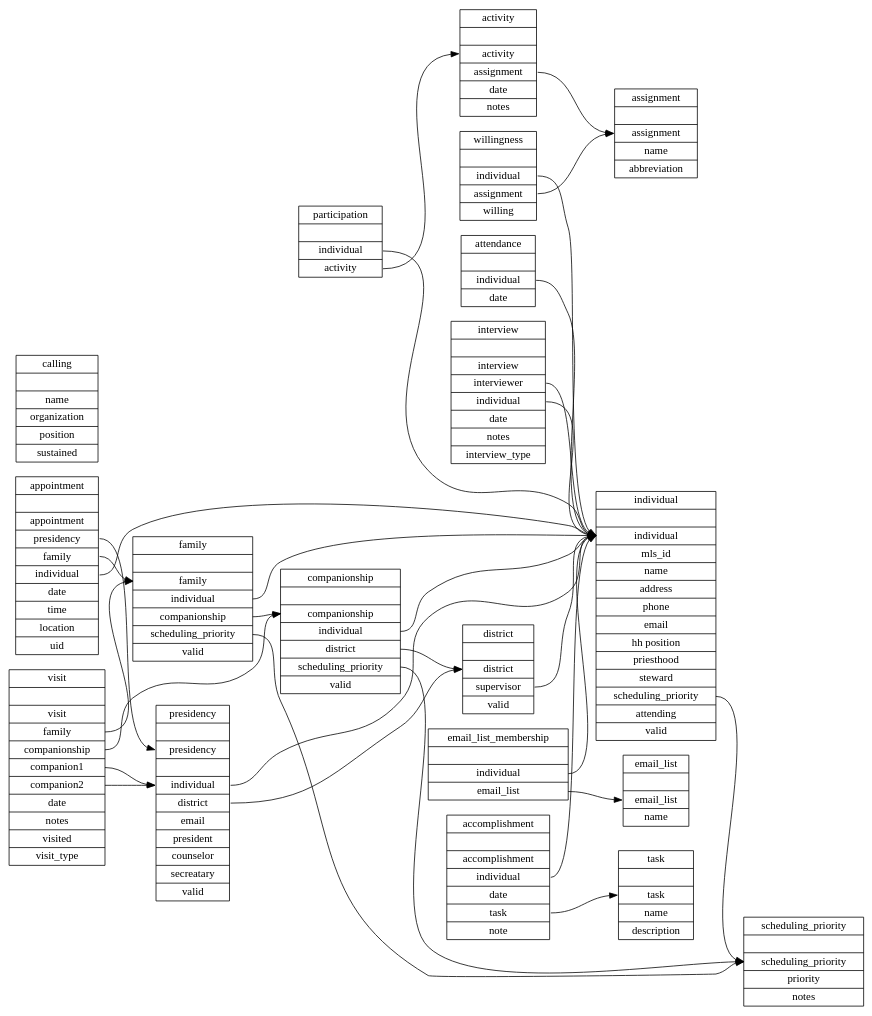
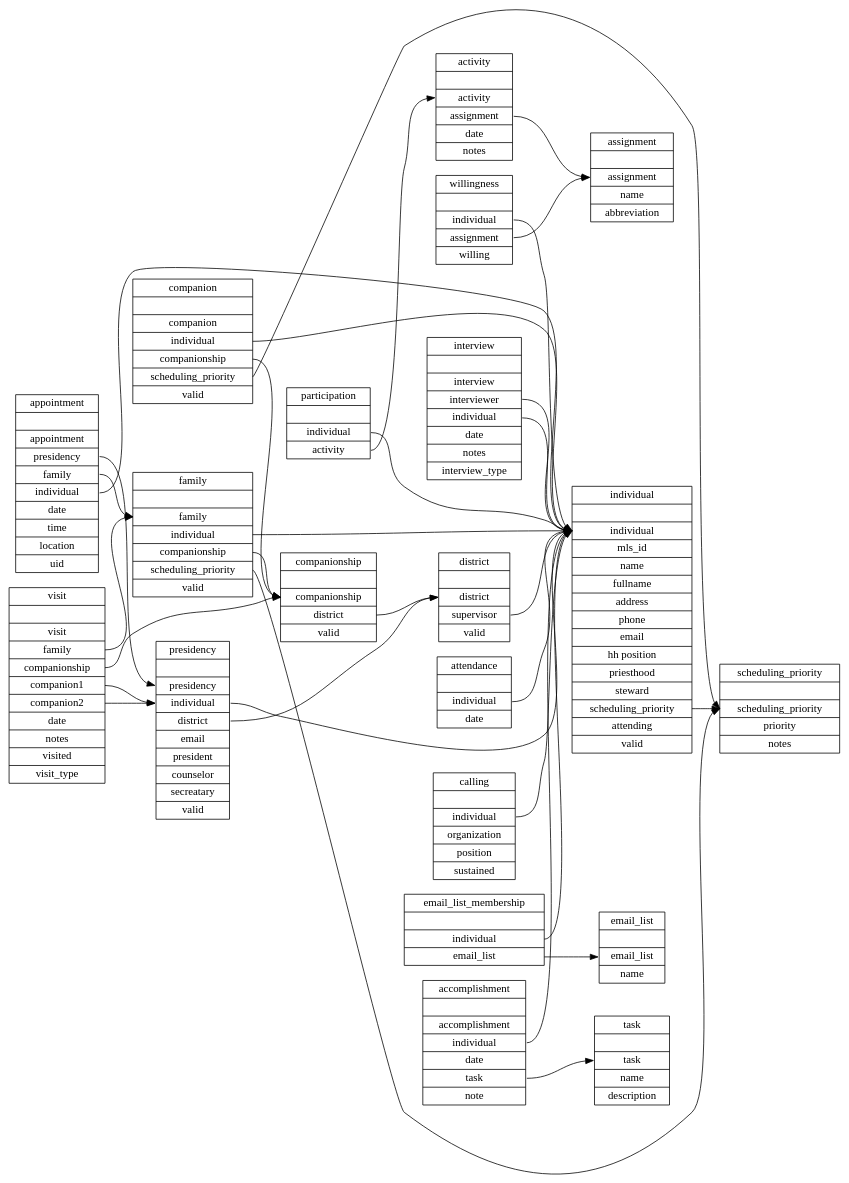
One commit to apippin/tc changed the diagram in sql/schema.dot. Above: the diagram before and after it, drawn with Graphviz. The commit also changed 4 other files, not shown here.

Commit message:
added new tc_companion table, updated tc_companionship table, linked tc_calling table to tc_individual table

```diff
--- a/sql/schema.dot
+++ b/sql/schema.dot
@@ -1,125 +1,133 @@
 digraph schema {
   graph [
     rankdir = "LR"
   ];
   activity   [
     label = "activity||<a> activity|<s> assignment|<t> date|<n> notes"
     shape = "record"
   ];
   appointment   [
     label = "appointment||<a> appointment|<p> presidency|<f> family|<i> individual |<d> date|<t> time|<l> location|<u> uid"
     shape = "record"
   ];
   assignment    [
     label = "assignment||<a> assignment|<n> name|<ab> abbreviation"
     shape = "record"
   ];
   attendance   [
     label = "attendance||<i> individual|<d> date"
     shape = "record"
   ];
   calling       [
-    label = "calling||<n> name|<o> organization|<p> position|<s> sustained"
+    label = "calling||<i> individual|<o> organization|<p> position|<s> sustained"
+    shape = "record"
+  ];
+  companion   [
+    label = "companion||<c> companion|<i> individual|<cp> companionship|<sp> scheduling_priority|<v> valid"
     shape = "record"
   ];
   companionship   [
-    label = "companionship||<c> companionship|<i> individual|<d> district|<sp> scheduling_priority|<v> valid"
+    label = "companionship||<c> companionship|<d> district|<v> valid"
     shape = "record"
   ];
   district      [
     label = "district||<d> district|<s> supervisor|<v> valid"
     shape = "record"
   ];
   individual   [
-    label = "individual||<i> individual|<id> mls_id|<n> name|<a> address|<p> phone|<em> email|<hh> hh position|<pr> priesthood|<st> steward|<sp> scheduling_priority|<a> attending|<v> valid"
+    label = "individual||<i> individual|<id> mls_id|<n> name|<fn> fullname|<a> address|<p> phone|<em> email|<hh> hh position|<pr> priesthood|<st> steward|<sp> scheduling_priority|<a> attending|<v> valid"
     shape = "record"
   ];
   family   [
     label = "family||<f> family|<i> individual|<c> companionship|<sp> scheduling_priority|<v> valid"
     shape = "record"
   ];
   participation   [
     label = "participation||<i> individual|<a> activity"
     shape = "record"
   ];
   interview   [
     label = "interview||<in> interview|<i> interviewer|<il> individual|<t> date|<n> notes|<it> interview_type"
     shape = "record"
   ];
   presidency    [
-    label = "presidency||<p> presidency||<i> individual|<d> district|<em> email|<pr> president|<cn> counselor|<sec> secreatary|<v> valid"
+    label = "presidency||<p> presidency|<i> individual|<d> district|<em> email|<pr> president|<cn> counselor|<sec> secreatary|<v> valid"
     shape = "record"
   ];
   visit   [
     label = "visit||<v> visit|<f> family|<c> companionship|<c1> companion1|<c2> companion2|<t> date|<n> notes|<v> visited|<vt> visit_type"
     shape = "record"
   ];
   willingness   [
     label = "willingness||<i> individual|<a> assignment|<w> willing"
     shape = "record"
   ];
   scheduling_priority   [
     label = "scheduling_priority||<sp> scheduling_priority|<p> priority|<n> notes"
     shape = "record"
   ];
   email_list   [
     label = "email_list||<e> email_list|<n> name"
     shape = "record"
   ];
   email_list_membership   [
     label = "email_list_membership||<i> individual|<e> email_list"
     shape = "record"
   ];
   accomplishment   [
     label = "accomplishment||<a> accomplishment|<i> individual|<d> date|<t> task|<n> note"
     shape = "record"
   ];
   task   [
     label = "task||<t> task|<n> name|<d> description"
     shape = "record"
   ];
 
   activity:s      -> assignment:a
 
   appointment:p   -> presidency:p
   appointment:f   -> family:f
   appointment:i   -> individual:i
 
   attendance:i    -> individual:i
+  
+  calling:i       -> individual:i
 
-  companionship:i -> individual:i
+  companion:cp    -> companionship:c
+  companion:i     -> individual:i
+  companion:sp    -> scheduling_priority:sp
+
   companionship:d -> district:d
-  companionship:sp -> scheduling_priority:sp
   
   district:s      -> individual:i
   
   individual:sp   -> scheduling_priority:sp
   
   family:i        -> individual:i
   family:c        -> companionship:c
   family:sp       -> scheduling_priority:sp
 
   participation:i -> individual:i
   participation:a -> activity:a
 
   interview:il    -> individual:i
   interview:i     -> individual:i
 
   presidency:i    -> individual:i
   presidency:d    -> district:d
 
   visit:c         -> companionship:c
   visit:f         -> family:f
   visit:c1        -> presidency:i
   visit:c2        -> presidency:i
 
   willingness:i   -> individual:i
   willingness:a   -> assignment:a
 
   email_list_membership:i  -> individual:i
   email_list_membership:e  -> email_list:e
   
   accomplishment:i   -> individual:i
   accomplishment:t   -> task:t
   
 }
```
